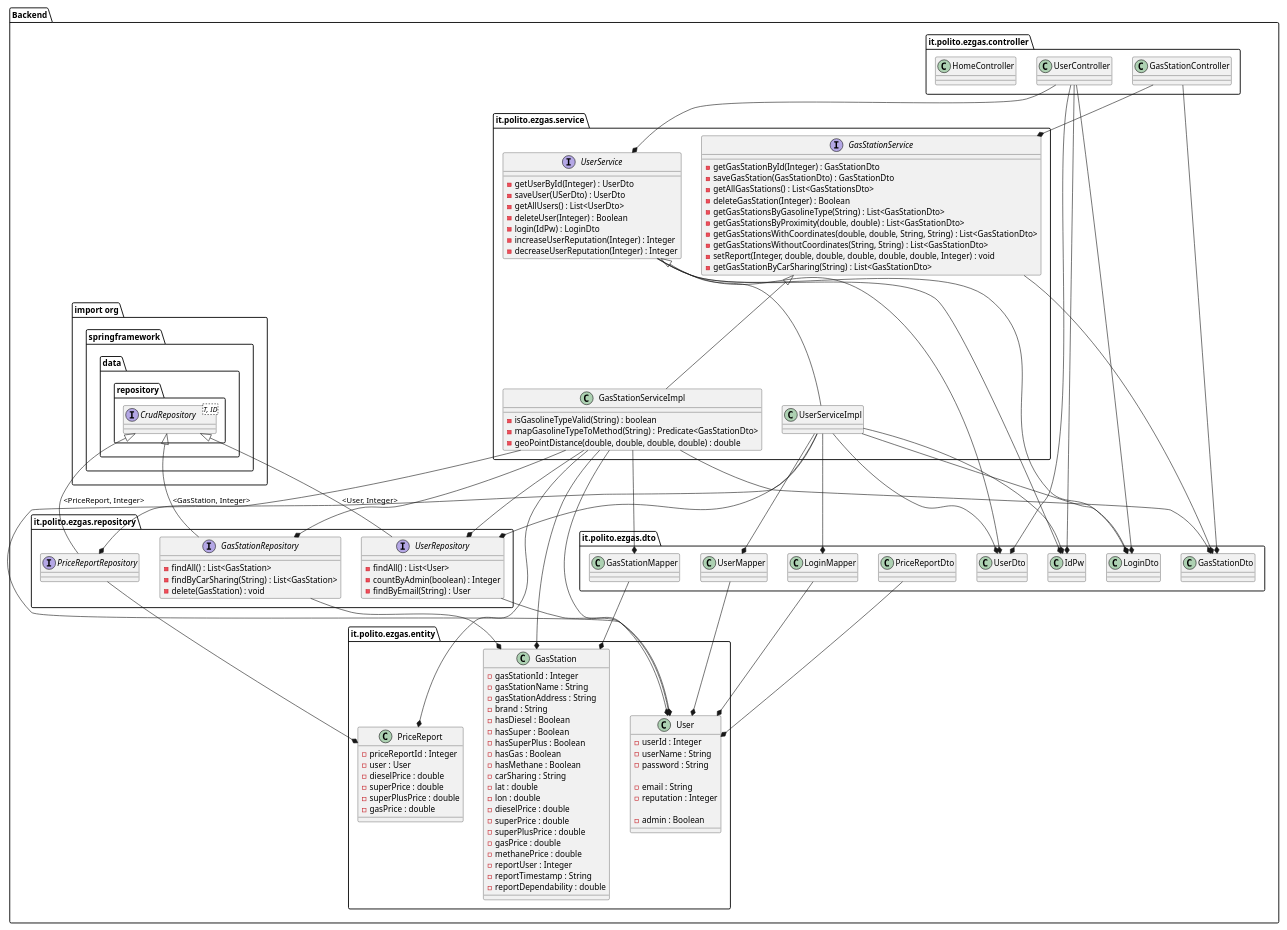
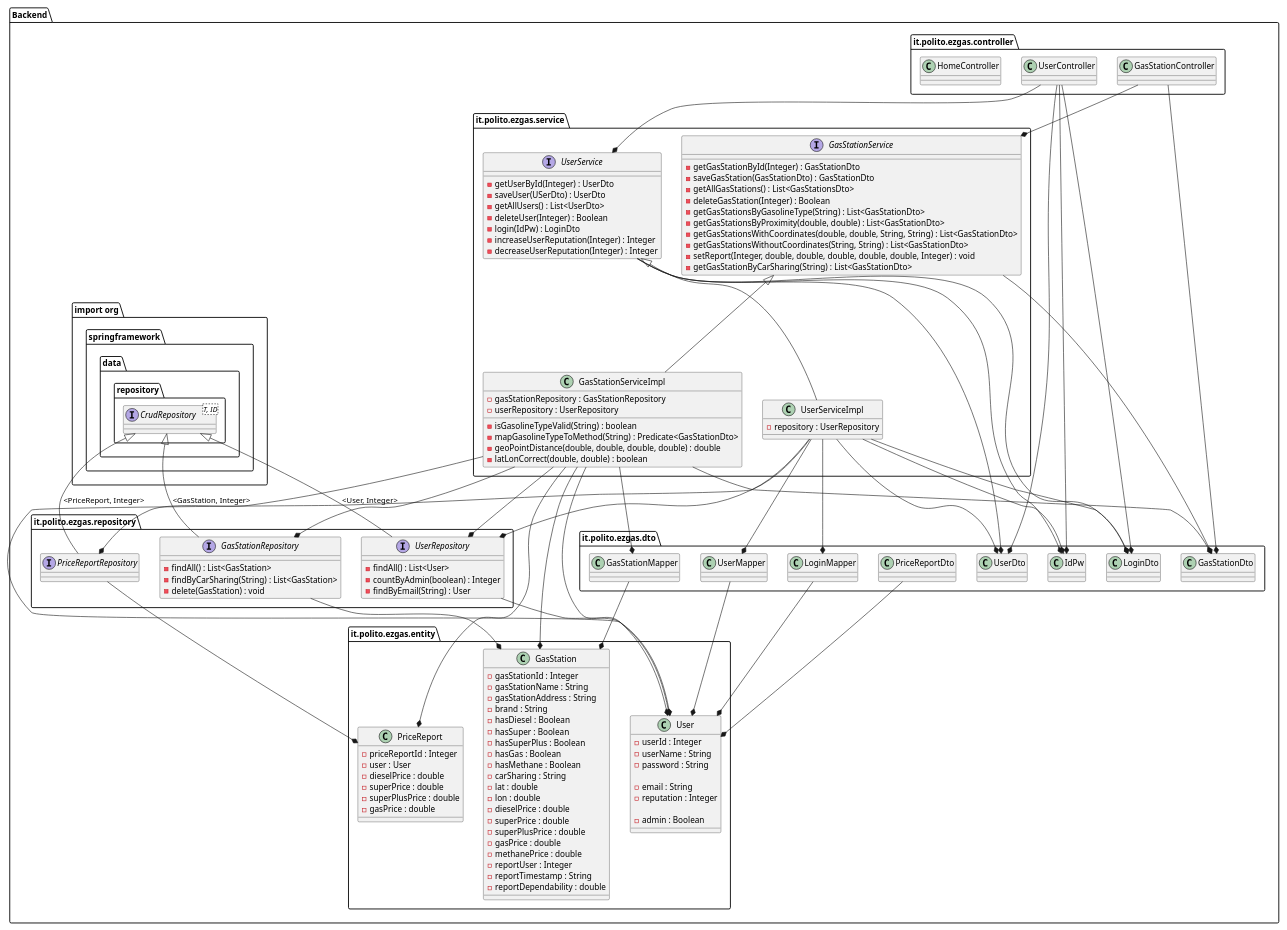
The fourth of 15 diagrams in docs/DesignDocument.md (polito-se2-2020-team6/ezgas), drawn with PlantUML before and after one commit. The commit also changed other lines of this file, not shown here.

Commit message:
docs: update low level design after changes on GasStationServiceimpl

```diff
--- a/docs/DesignDocument.md
+++ b/docs/DesignDocument.md
@@ -214,8 +214,7 @@
 
    }
 
-   interface "UserService" as us {
-
+   interface "UserService" as us {  
     - getUserById(Integer) : UserDto
     - saveUser(USerDto) : UserDto
     - getAllUsers() : List<UserDto>
@@ -227,14 +226,18 @@
    }
 
    	class "GasStationServiceImpl" as gssi {
+    - gasStationRepository : GasStationRepository
+    - userRepository : UserRepository
 
     - isGasolineTypeValid(String) : boolean
     - mapGasolineTypeToMethod(String) : Predicate<GasStationDto>
     - geoPointDistance(double, double, double, double) : double
-
+    - latLonCorrect(double, double) : boolean
 	   }
 
-	class "UserServiceImpl" as usi
+	class "UserServiceImpl" as usi{
+        - repository : UserRepository 
+    }
 
 	gssi -up-|> gss
 	usi -up-|> us
```
